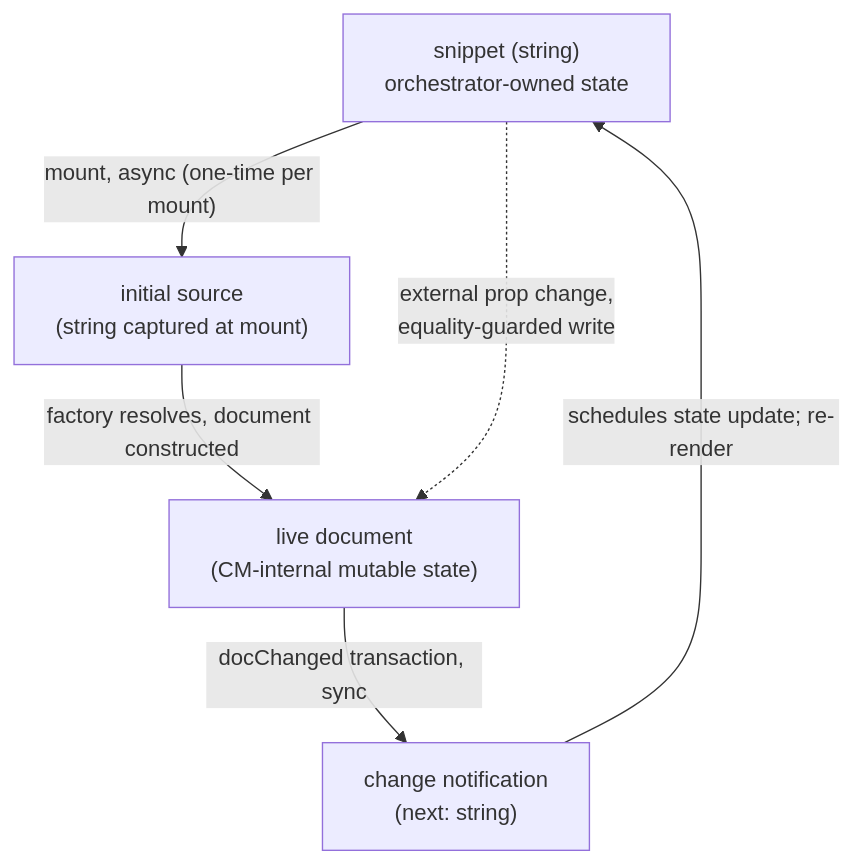
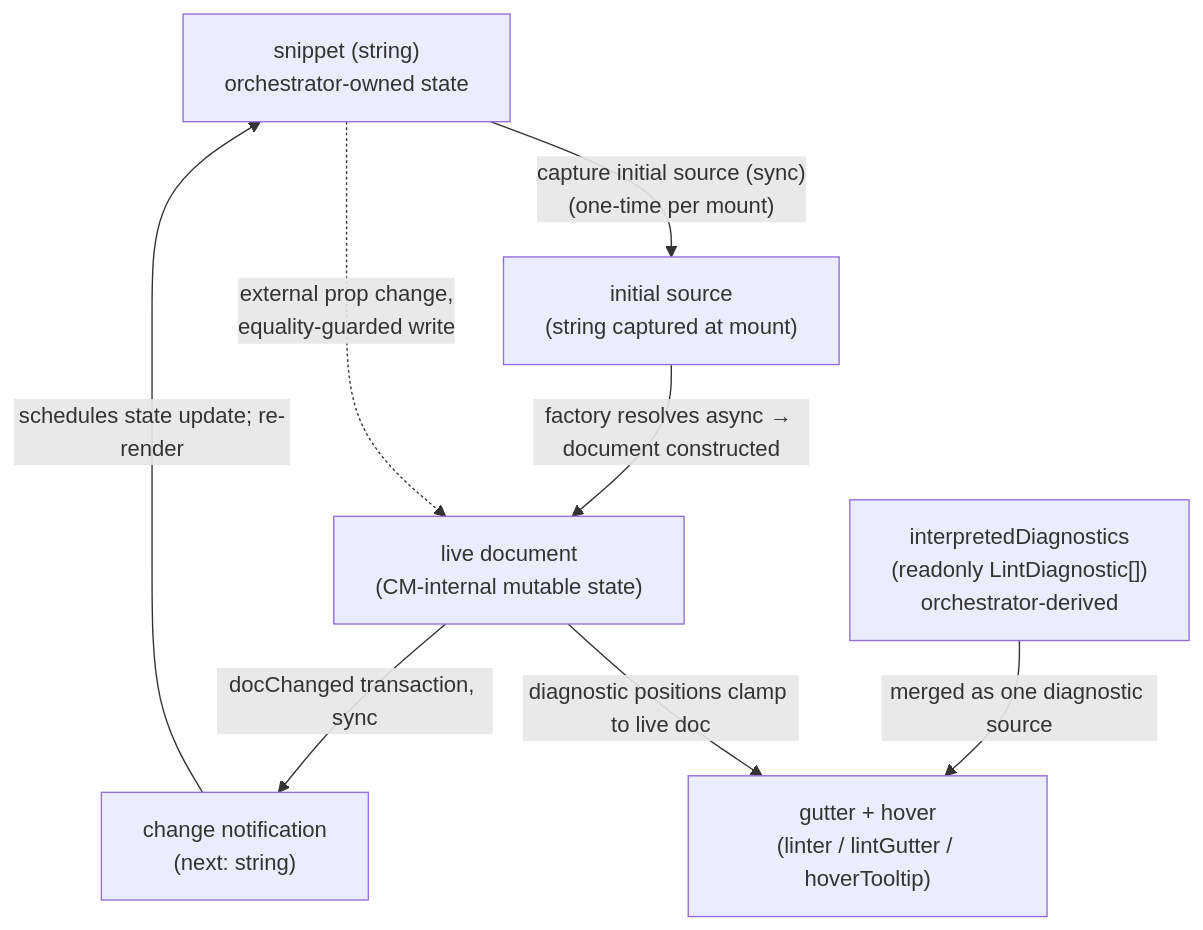
One commit to codeschoolinabox/curricula changed the diagram in src/lib/just-enough/javascript/orchestrate/editor/DOCS.md. Above: the diagram before and after it, drawn with Mermaid. The commit also changed other lines of this file and 7 other files, not shown here.

````diff
--- a/src/lib/just-enough/javascript/orchestrate/editor/DOCS.md
+++ b/src/lib/just-enough/javascript/orchestrate/editor/DOCS.md
@@ -35,12 +36,16 @@
 ```mermaid
 flowchart TD
     SnippetState["snippet (string)<br/>orchestrator-owned state"]
     InitialSeed["initial source<br/>(string captured at mount)"]
     LiveDoc["live document<br/>(CM-internal mutable state)"]
     ChangeNotif["change notification<br/>(next: string)"]
-    SnippetState -->|"mount, async (one-time per mount)"| InitialSeed
-    InitialSeed -->|"factory resolves, document constructed"| LiveDoc
+    InterpDiag["interpretedDiagnostics<br/>(readonly LintDiagnostic[])<br/>orchestrator-derived"]
+    Gutter["gutter + hover<br/>(linter / lintGutter / hoverTooltip)"]
+    SnippetState -->|"capture initial source (sync)<br/>(one-time per mount)"| InitialSeed
+    InitialSeed -->|"factory resolves async → document constructed"| LiveDoc
     LiveDoc -->|"docChanged transaction, sync"| ChangeNotif
     ChangeNotif -->|"schedules state update; re-render"| SnippetState
     SnippetState -.->|"external prop change,<br/>equality-guarded write"| LiveDoc
+    InterpDiag -->|"merged as one diagnostic source"| Gutter
+    LiveDoc -->|"diagnostic positions clamp to live doc"| Gutter
 ```
````
